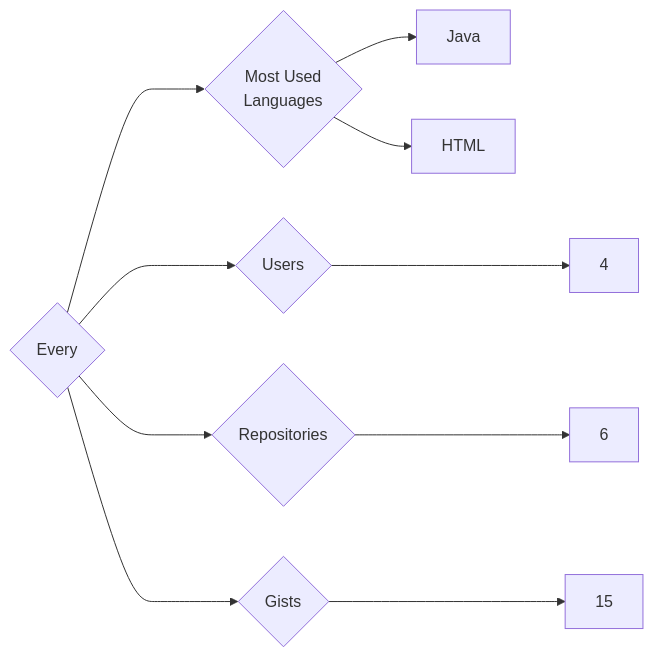
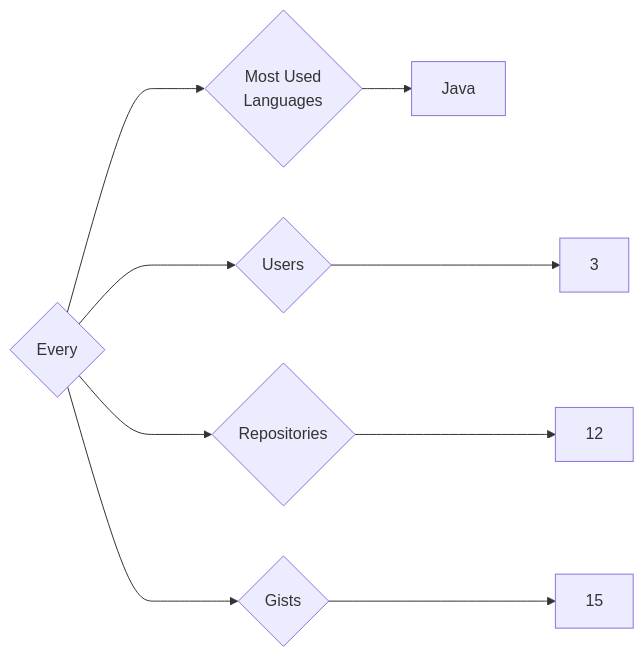
Before and after one commit to trickest/insiders: the diagram in targets/Every/README.md, drawn with Mermaid. The commit also changed 699 other files, not shown here.

````diff
--- a/targets/Every/README.md
+++ b/targets/Every/README.md
@@ -3,10 +3,9 @@
 ```mermaid
 graph LR
 COMPANY_NAME{Every}
-COMPANY_NAME ---> U{Users} ---> UN[4]
-COMPANY_NAME ---> R{Repositories} ---> RN[6]
+COMPANY_NAME ---> U{Users} ---> UN[3]
+COMPANY_NAME ---> R{Repositories} ---> RN[12]
 COMPANY_NAME ---> G{Gists} ---> GN[15]
 COMPANY_NAME ---> ML{Most Used<br>Languages}
 ML --> Java[Java]
-ML --> HTML[HTML]
 ```
````
